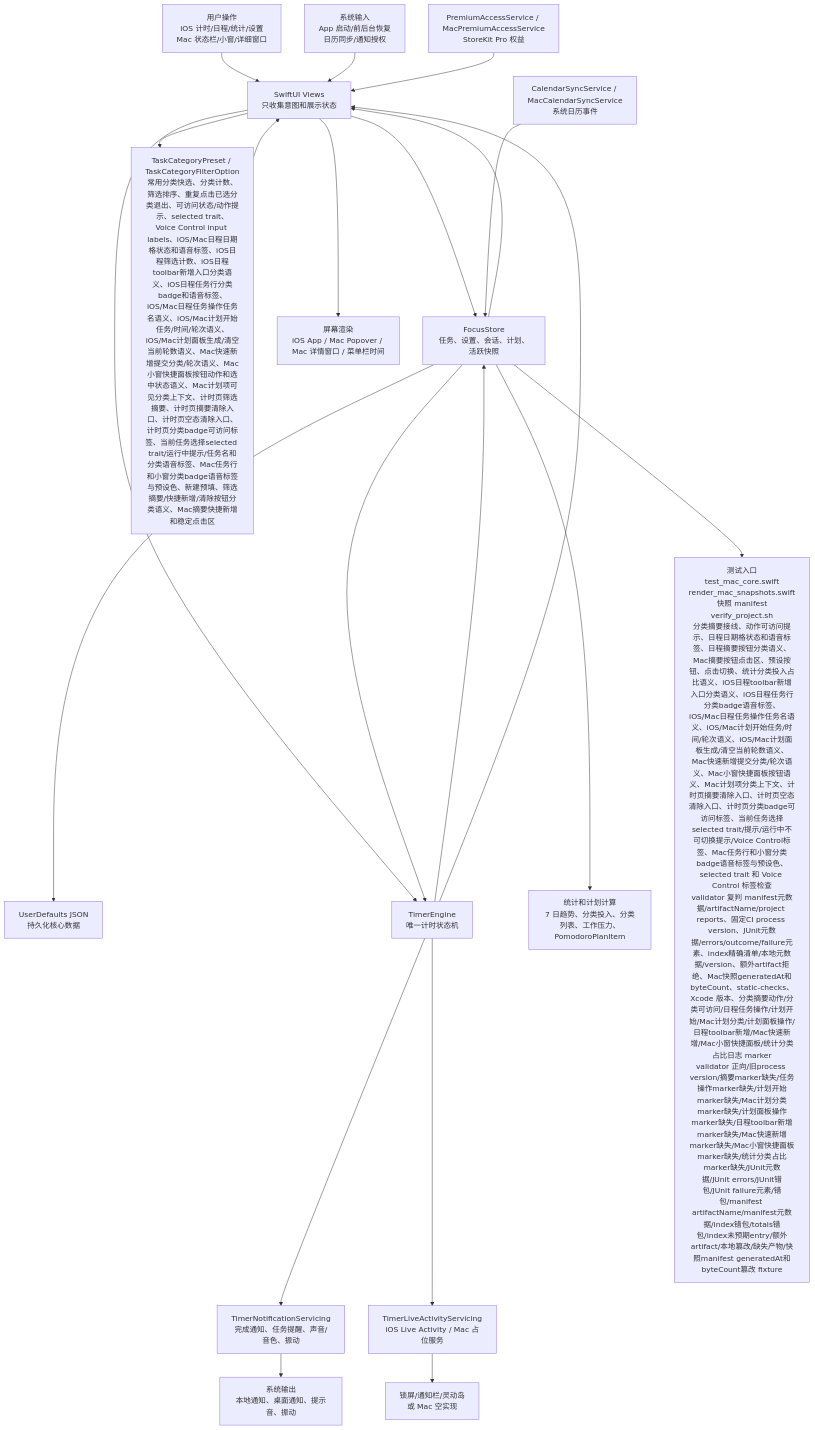
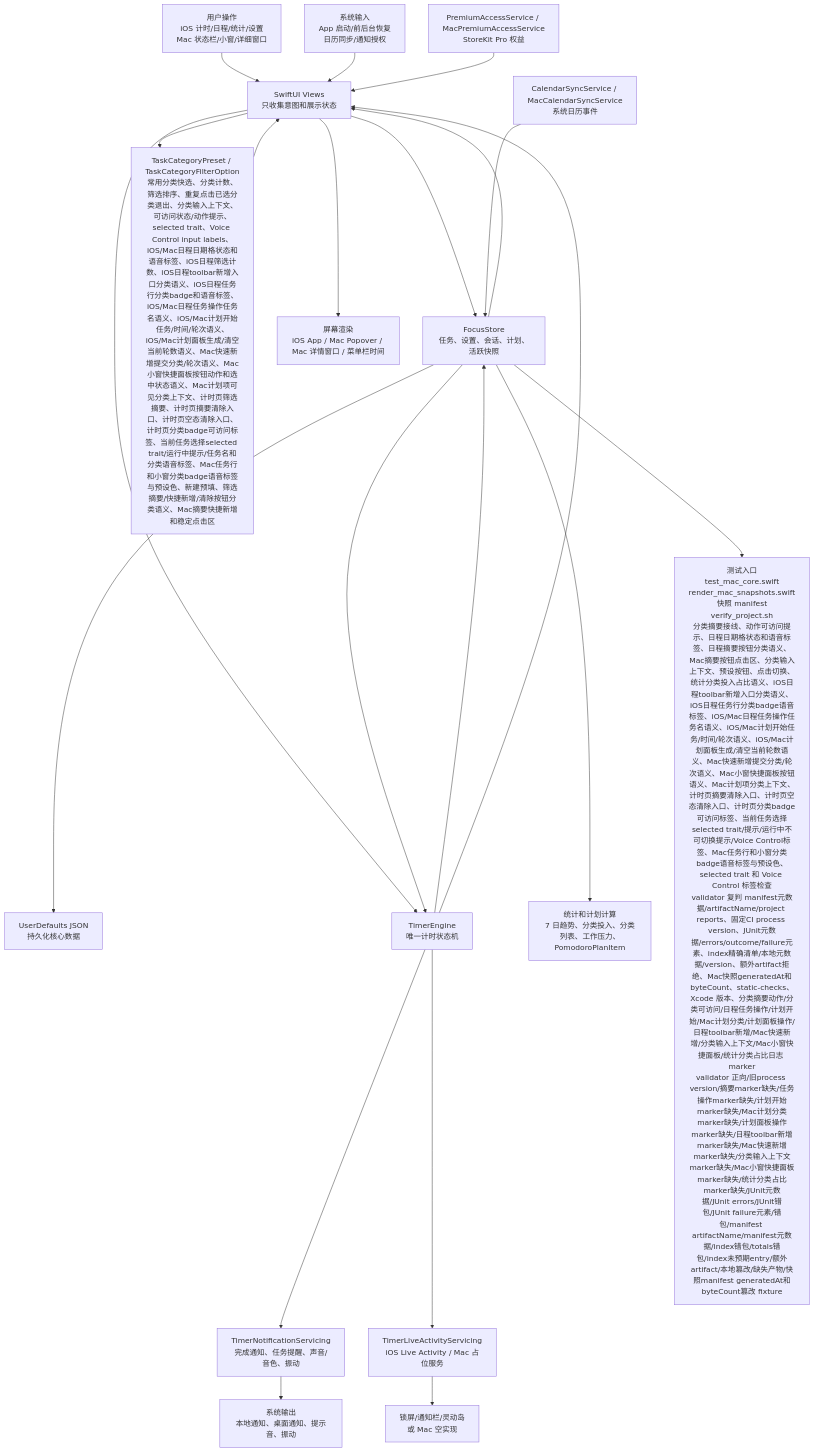
Before and after one commit to Altman-sam114/114: the first of 6 diagrams in md/flow/flowchart.md, drawn with Mermaid. The commit also changed other lines of this file and 9 other files, not shown here.

````diff
--- a/md/flow/flowchart.md
+++ b/md/flow/flowchart.md
@@ -9,23 +9,23 @@
 ```mermaid
 flowchart TD
   U["用户操作<br/>iOS 计时/日程/统计/设置<br/>Mac 状态栏/小窗/详细窗口"] --> V["SwiftUI Views<br/>只收集意图和展示状态"]
   SYS["系统输入<br/>App 启动/前后台恢复<br/>日历同步/通知授权"] --> V
   V --> S["FocusStore<br/>任务、设置、会话、计划、活跃快照"]
-  V --> CAT["TaskCategoryPreset / TaskCategoryFilterOption<br/>常用分类快选、分类计数、筛选排序、重复点击已选分类退出、可访问状态/动作提示、selected trait、Voice Control input labels、iOS/Mac日程日期格状态和语音标签、iOS日程筛选计数、iOS日程toolbar新增入口分类语义、iOS日程任务行分类badge和语音标签、iOS/Mac日程任务操作任务名语义、iOS/Mac计划开始任务/时间/轮次语义、iOS/Mac计划面板生成/清空当前轮数语义、Mac快速新增提交分类/轮次语义、Mac小窗快捷面板按钮动作和选中状态语义、Mac计划项可见分类上下文、计时页筛选摘要、计时页摘要清除入口、计时页空态清除入口、计时页分类badge可访问标签、当前任务选择selected trait/运行中提示/任务名和分类语音标签、Mac任务行和小窗分类badge语音标签与预设色、新建预填、筛选摘要/快捷新增/清除按钮分类语义、Mac摘要快捷新增和稳定点击区"]
+  V --> CAT["TaskCategoryPreset / TaskCategoryFilterOption<br/>常用分类快选、分类计数、筛选排序、重复点击已选分类退出、分类输入上下文、可访问状态/动作提示、selected trait、Voice Control input labels、iOS/Mac日程日期格状态和语音标签、iOS日程筛选计数、iOS日程toolbar新增入口分类语义、iOS日程任务行分类badge和语音标签、iOS/Mac日程任务操作任务名语义、iOS/Mac计划开始任务/时间/轮次语义、iOS/Mac计划面板生成/清空当前轮数语义、Mac快速新增提交分类/轮次语义、Mac小窗快捷面板按钮动作和选中状态语义、Mac计划项可见分类上下文、计时页筛选摘要、计时页摘要清除入口、计时页空态清除入口、计时页分类badge可访问标签、当前任务选择selected trait/运行中提示/任务名和分类语音标签、Mac任务行和小窗分类badge语音标签与预设色、新建预填、筛选摘要/快捷新增/清除按钮分类语义、Mac摘要快捷新增和稳定点击区"]
   CAT --> V
   S --> P["UserDefaults JSON<br/>持久化核心数据"]
   V --> E["TimerEngine<br/>唯一计时状态机"]
   S --> E
   E --> S
   E --> N["TimerNotificationServicing<br/>完成通知、任务提醒、声音/音色、振动"]
   E --> L["TimerLiveActivityServicing<br/>iOS Live Activity / Mac 占位服务"]
   S --> C["统计和计划计算<br/>7 日趋势、分类投入、分类列表、工作压力、PomodoroPlanItem"]
   CAL["CalendarSyncService / MacCalendarSyncService<br/>系统日历事件"] --> S
   PRO["PremiumAccessService / MacPremiumAccessService<br/>StoreKit Pro 权益"] --> V
   S --> V
   E --> V
   V --> OUT["屏幕渲染<br/>iOS App / Mac Popover / Mac 详情窗口 / 菜单栏时间"]
   N --> OUT2["系统输出<br/>本地通知、桌面通知、提示音、振动"]
   L --> OUT3["锁屏/通知栏/灵动岛<br/>或 Mac 空实现"]
-  S --> T["测试入口<br/>test_mac_core.swift<br/>render_mac_snapshots.swift<br/>快照 manifest<br/>verify_project.sh<br/>分类摘要接线、动作可访问提示、日程日期格状态和语音标签、日程摘要按钮分类语义、Mac摘要按钮点击区、预设按钮、点击切换、统计分类投入占比语义、iOS日程toolbar新增入口分类语义、iOS日程任务行分类badge语音标签、iOS/Mac日程任务操作任务名语义、iOS/Mac计划开始任务/时间/轮次语义、iOS/Mac计划面板生成/清空当前轮数语义、Mac快速新增提交分类/轮次语义、Mac小窗快捷面板按钮语义、Mac计划项分类上下文、计时页摘要清除入口、计时页空态清除入口、计时页分类badge可访问标签、当前任务选择selected trait/提示/运行中不可切换提示/Voice Control标签、Mac任务行和小窗分类badge语音标签与预设色、selected trait 和 Voice Control 标签检查<br/>validator 复判 manifest元数据/artifactName/project reports、固定CI process version、JUnit元数据/errors/outcome/failure元素、index精确清单/本地元数据/version、额外artifact拒绝、Mac快照generatedAt和byteCount、static-checks、Xcode 版本、分类摘要动作/分类可访问/日程任务操作/计划开始/Mac计划分类/计划面板操作/日程toolbar新增/Mac快速新增/Mac小窗快捷面板/统计分类占比日志 marker<br/>validator 正向/旧process version/摘要marker缺失/任务操作marker缺失/计划开始marker缺失/Mac计划分类marker缺失/计划面板操作marker缺失/日程toolbar新增marker缺失/Mac快速新增marker缺失/Mac小窗快捷面板marker缺失/统计分类占比marker缺失/JUnit元数据/JUnit errors/JUnit错包/JUnit failure元素/错包/manifest artifactName/manifest元数据/index错包/totals错包/index未预期entry/额外artifact/本地篡改/缺失产物/快照manifest generatedAt和byteCount篡改 fixture"]
+  S --> T["测试入口<br/>test_mac_core.swift<br/>render_mac_snapshots.swift<br/>快照 manifest<br/>verify_project.sh<br/>分类摘要接线、动作可访问提示、日程日期格状态和语音标签、日程摘要按钮分类语义、Mac摘要按钮点击区、分类输入上下文、预设按钮、点击切换、统计分类投入占比语义、iOS日程toolbar新增入口分类语义、iOS日程任务行分类badge语音标签、iOS/Mac日程任务操作任务名语义、iOS/Mac计划开始任务/时间/轮次语义、iOS/Mac计划面板生成/清空当前轮数语义、Mac快速新增提交分类/轮次语义、Mac小窗快捷面板按钮语义、Mac计划项分类上下文、计时页摘要清除入口、计时页空态清除入口、计时页分类badge可访问标签、当前任务选择selected trait/提示/运行中不可切换提示/Voice Control标签、Mac任务行和小窗分类badge语音标签与预设色、selected trait 和 Voice Control 标签检查<br/>validator 复判 manifest元数据/artifactName/project reports、固定CI process version、JUnit元数据/errors/outcome/failure元素、index精确清单/本地元数据/version、额外artifact拒绝、Mac快照generatedAt和byteCount、static-checks、Xcode 版本、分类摘要动作/分类可访问/日程任务操作/计划开始/Mac计划分类/计划面板操作/日程toolbar新增/Mac快速新增/分类输入上下文/Mac小窗快捷面板/统计分类占比日志 marker<br/>validator 正向/旧process version/摘要marker缺失/任务操作marker缺失/计划开始marker缺失/Mac计划分类marker缺失/计划面板操作marker缺失/日程toolbar新增marker缺失/Mac快速新增marker缺失/分类输入上下文marker缺失/Mac小窗快捷面板marker缺失/统计分类占比marker缺失/JUnit元数据/JUnit errors/JUnit错包/JUnit failure元素/错包/manifest artifactName/manifest元数据/index错包/totals错包/index未预期entry/额外artifact/本地篡改/缺失产物/快照manifest generatedAt和byteCount篡改 fixture"]
 ```
````
